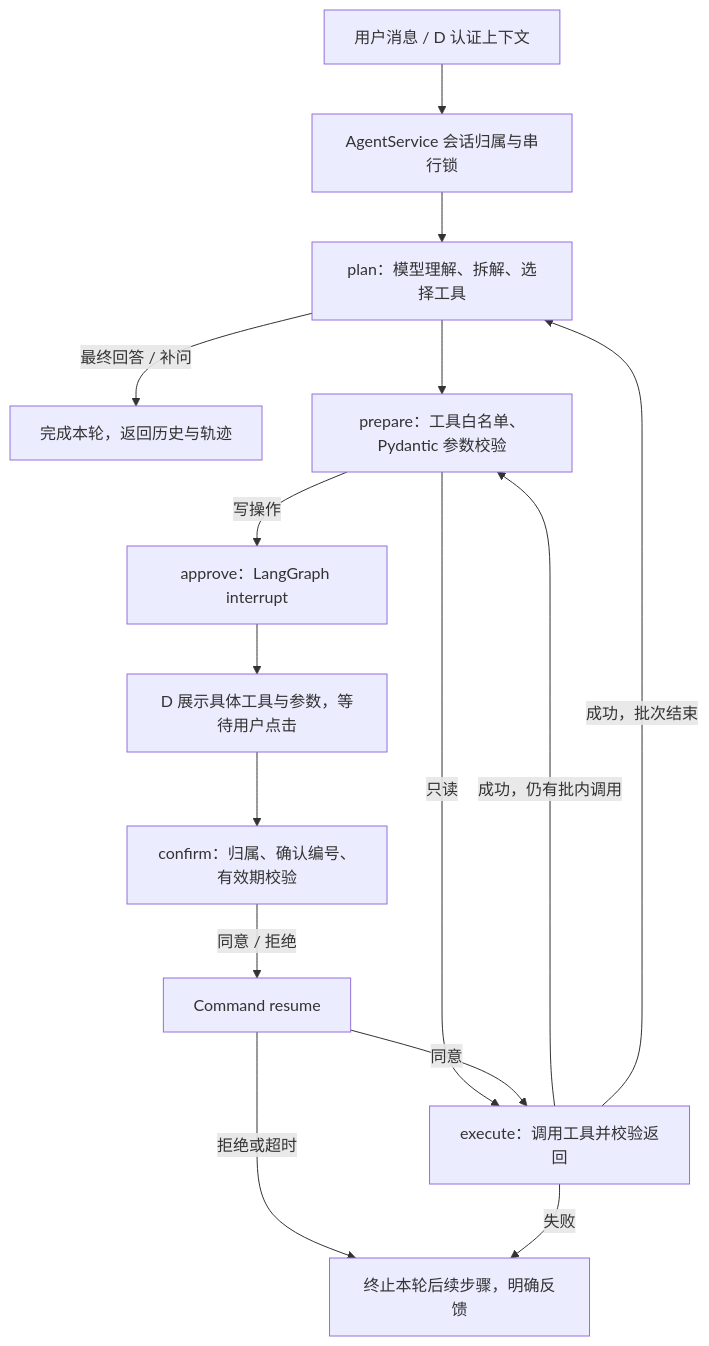
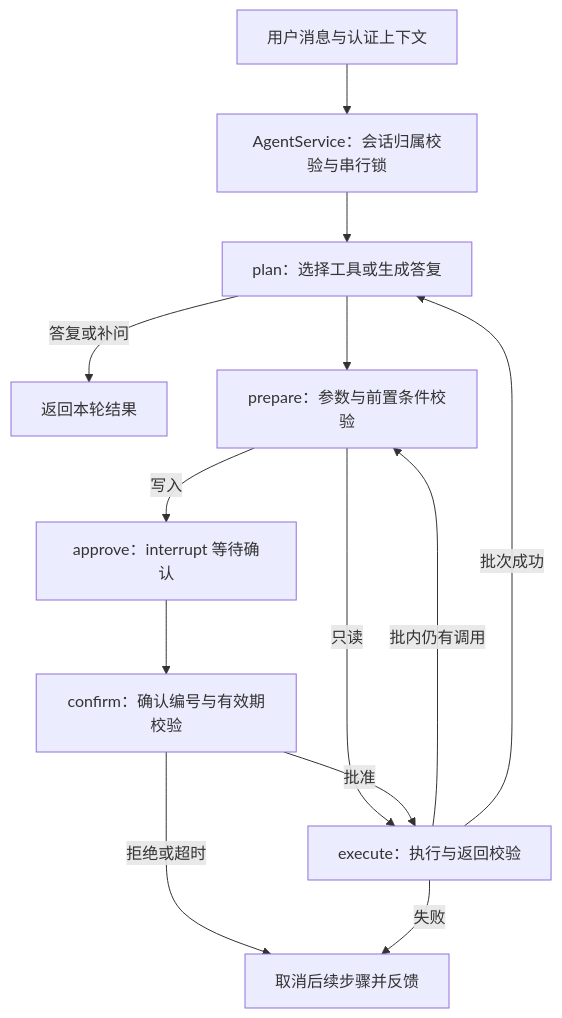
Before and after one commit to paannnnn-a/CampusFlow: the diagram in docs/architecture.md, drawn with Mermaid. The commit also changed other lines of this file and 20 other files, not shown here.

````diff
--- a/docs/architecture.md
+++ b/docs/architecture.md
@@ -5,17 +5,15 @@
 ```mermaid
 flowchart TD
-    U[用户消息 / D 认证上下文] --> S[AgentService 会话归属与串行锁]
-    S --> P[plan：模型理解、拆解、选择工具]
-    P -->|最终回答 / 补问| E[完成本轮，返回历史与轨迹]
-    P --> V[prepare：工具白名单、Pydantic 参数校验]
-    V -->|只读| X[execute：调用工具并校验返回]
-    V -->|写操作| H[approve：LangGraph interrupt]
-    H --> D[D 展示具体工具与参数，等待用户点击]
-    D --> C[confirm：归属、确认编号、有效期校验]
-    C -->|同意 / 拒绝| R[Command resume]
-    R -->|同意| X
-    R -->|拒绝或超时| F[终止本轮后续步骤，明确反馈]
-    X -->|成功，仍有批内调用| V
-    X -->|成功，批次结束| P
+    U[用户消息与认证上下文] --> S[AgentService：会话归属校验与串行锁]
+    S --> P[plan：选择工具或生成答复]
+    P -->|答复或补问| E[返回本轮结果]
+    P --> V[prepare：参数与前置条件校验]
+    V -->|只读| X[execute：执行与返回校验]
+    V -->|写入| H[approve：interrupt 等待确认]
+    H --> C[confirm：确认编号与有效期校验]
+    C -->|批准| X
+    C -->|拒绝或超时| F[取消后续步骤并反馈]
+    X -->|批内仍有调用| V
+    X -->|批次成功| P
     X -->|失败| F
 ```
````
